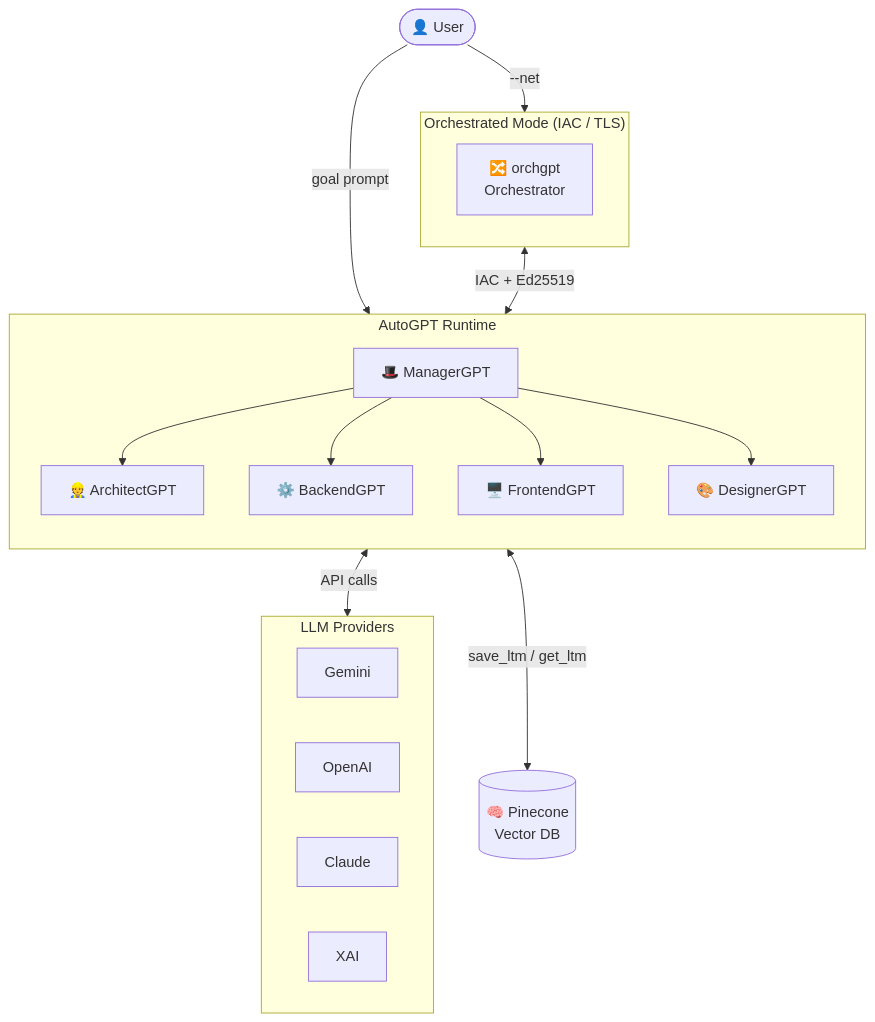
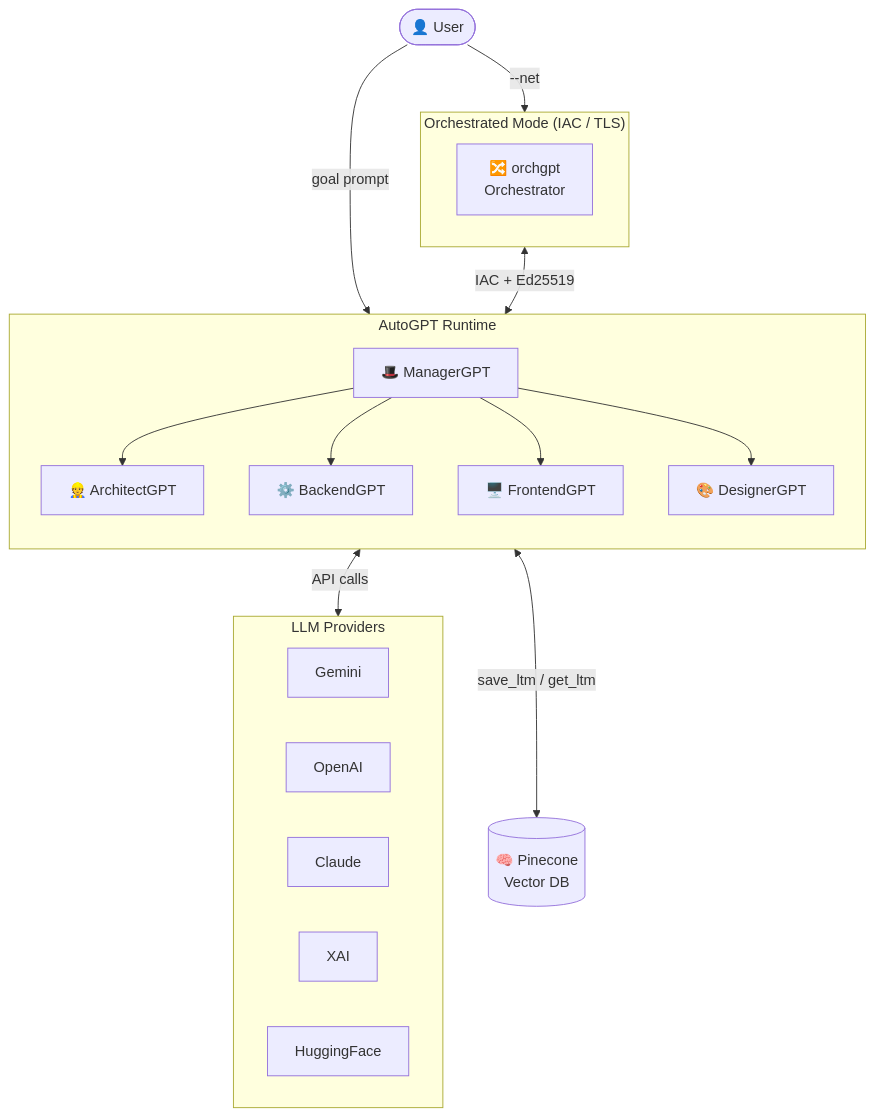
Before and after one commit to wiseaidotdev/autogpt: the diagram in docs/src/introduction.md, drawn with Mermaid. The commit also changed other lines of this file and 56 other files, not shown here.

Commit message:
feat: add support for hugging face models && improve docs && bump iac deps. (#124)

````diff
--- a/docs/src/introduction.md
+++ b/docs/src/introduction.md
@@ -73,37 +73,38 @@
 ```mermaid
 flowchart TD
     User(["👤 User"])
 
     subgraph Runtime["AutoGPT Runtime"]
         direction TB
         MG["🎩 ManagerGPT"]
         AG["👷 ArchitectGPT"]
         BG["⚙️ BackendGPT"]
         FG["🖥️ FrontendGPT"]
         DG["🎨 DesignerGPT"]
     end
 
     subgraph Network["Orchestrated Mode (IAC / TLS)"]
         direction LR
         Orch["🔀 orchgpt\nOrchestrator"]
     end
 
     subgraph Providers["LLM Providers"]
         Gemini["Gemini"]
         OpenAI["OpenAI"]
         Claude["Claude"]
         XAI["XAI"]
+        HF["HuggingFace"]
     end
 
     DB[("🧠 Pinecone\nVector DB")]
 
     User -->|"goal prompt"| MG
     MG --> AG
     MG --> BG
     MG --> FG
     MG --> DG
     User -->|"--net"| Orch
     Orch <-->|"IAC + Ed25519"| MG
     Runtime <-->|"API calls"| Providers
     Runtime <-->|"save_ltm / get_ltm"| DB
 ```
````
